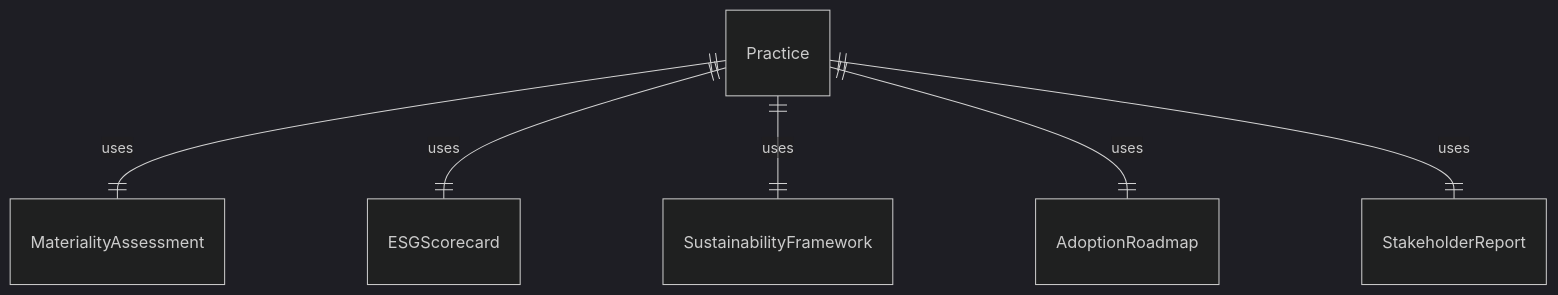
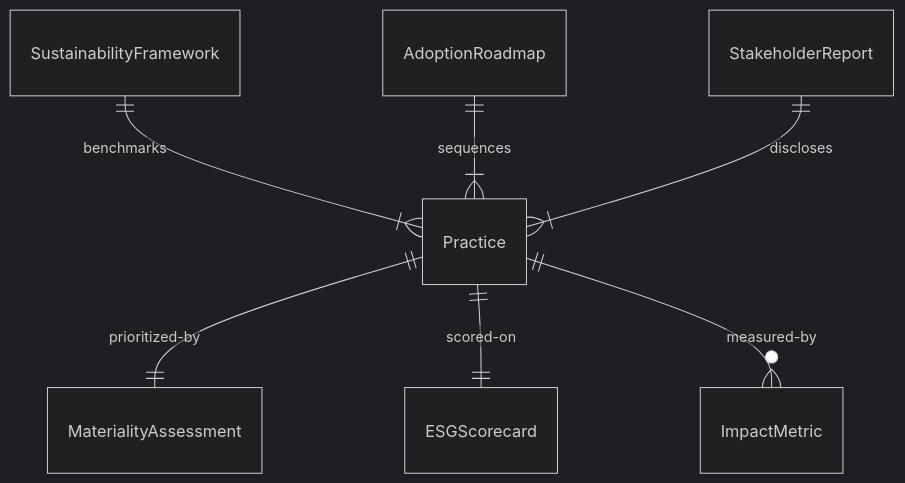
The first of 4 diagrams in IdentifyingObjectsActionsAndEvents/IdentifyBusinessOrOrganizationalOpportunities/IdentifySustainableBusinessPractices.mdx (dot-org-ai/tasks.org.ai), drawn with Mermaid (dark theme) before and after one commit. The commit also changed other lines of this file and 515 other files, not shown here.

````diff
--- a/IdentifyingObjectsActionsAndEvents/IdentifyBusinessOrOrganizationalOpportunities/IdentifySustainableBusinessPractices.mdx
+++ b/IdentifyingObjectsActionsAndEvents/IdentifyBusinessOrOrganizationalOpportunities/IdentifySustainableBusinessPractices.mdx
@@ -93,8 +93,9 @@
 ```mermaid
 erDiagram
-    Practice ||--|| MaterialityAssessment : "uses"
-    Practice ||--|| ESGScorecard : "uses"
-    Practice ||--|| SustainabilityFramework : "uses"
-    Practice ||--|| AdoptionRoadmap : "uses"
-    Practice ||--|| StakeholderReport : "uses"
+    Practice ||--|| MaterialityAssessment : "prioritized-by"
+    Practice ||--|| ESGScorecard : "scored-on"
+    SustainabilityFramework ||--|{ Practice : "benchmarks"
+    AdoptionRoadmap ||--|{ Practice : "sequences"
+    Practice ||--o{ ImpactMetric : "measured-by"
+    StakeholderReport ||--|{ Practice : "discloses"
 ```
````
